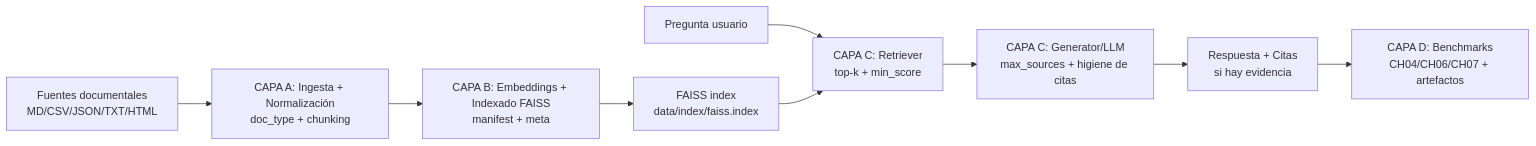
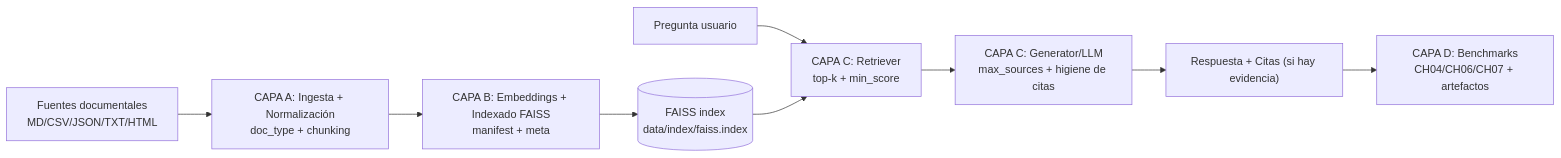
Before and after one commit to inigodg-sys/Asistente-rag-core: the diagram in README.md, drawn with Mermaid.

Commit message:
Fix: mermaid fenced block (GitHub render)

````diff
--- a/README.md
+++ b/README.md
@@ -206,11 +206,11 @@
 ```mermaid
 flowchart LR
-  A["Fuentes documentales<br/>MD/CSV/JSON/TXT/HTML"] --> B["CAPA A: Ingesta + Normalización<br/>doc_type + chunking"]
-  B --> C["CAPA B: Embeddings + Indexado FAISS<br/>manifest + meta"]
-  C --> D["FAISS index<br/>data/index/faiss.index"]
-  Q["Pregunta usuario"] --> E["CAPA C: Retriever<br/>top-k + min_score"]
-  D --> E
-  E --> F["CAPA C: Generator/LLM<br/>max_sources + higiene de citas"]
-  F --> G["Respuesta + Citas<br/>si hay evidencia"]
-  G --> H["CAPA D: Benchmarks<br/>CH04/CH06/CH07 + artefactos"]
+    A["Fuentes documentales<br/>MD/CSV/JSON/TXT/HTML"] --> B["CAPA A: Ingesta + Normalización<br/>doc_type + chunking"]
+    B --> C["CAPA B: Embeddings + Indexado FAISS<br/>manifest + meta"]
+    C --> D[("FAISS index<br/>data/index/faiss.index")]
+    Q["Pregunta usuario"] --> E["CAPA C: Retriever<br/>top-k + min_score"]
+    D --> E
+    E --> F["CAPA C: Generator/LLM<br/>max_sources + higiene de citas"]
+    F --> G["Respuesta + Citas (si hay evidencia)"]
+    G --> H["CAPA D: Benchmarks<br/>CH04/CH06/CH07 + artefactos"]
 ```
````
